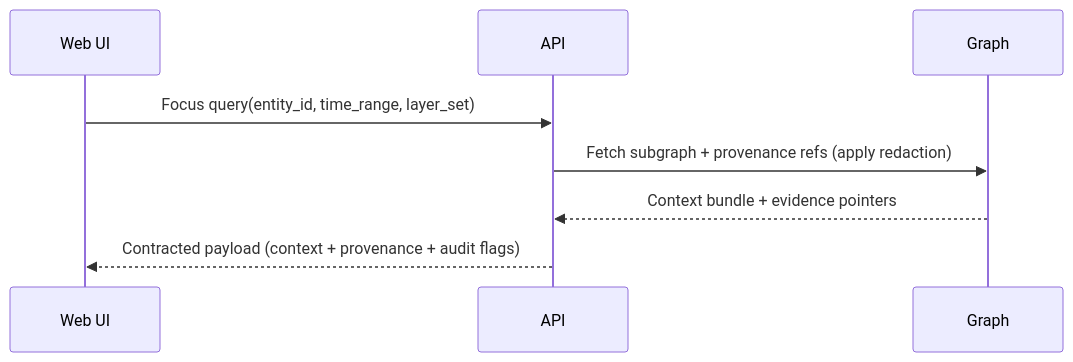
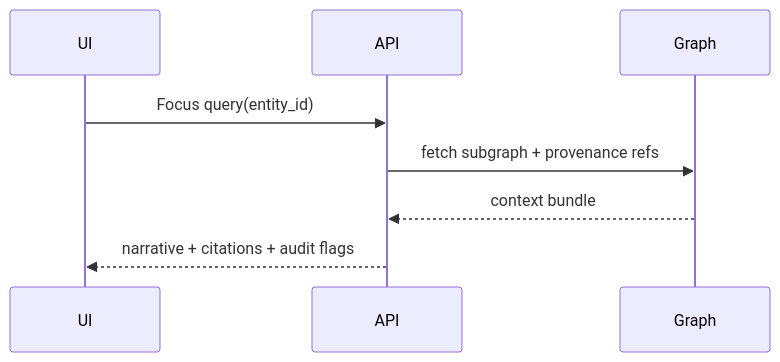
The second of 2 diagrams in README.md (bartytime4life/Kansas-Frontier-Matrix), drawn with Mermaid before and after one commit. The commit also changed other lines of this file, not shown here.

```diff
--- a/README.md
+++ b/README.md
@@ -219,11 +208,10 @@
 ~~~mermaid
 sequenceDiagram
-  participant UI as Web UI
-  participant API as API
-  participant Graph as Graph
-
-  UI->>API: Focus query(entity_id, time_range, layer_set)
-  API->>Graph: Fetch subgraph + provenance refs (apply redaction)
-  Graph-->>API: Context bundle + evidence pointers
-  API-->>UI: Contracted payload (context + provenance + audit flags)
+  participant UI
+  participant API
+  participant Graph
+  UI->>API: Focus query(entity_id)
+  API->>Graph: fetch subgraph + provenance refs
+  Graph-->>API: context bundle
+  API-->>UI: narrative + citations + audit flags
 ~~~
```
